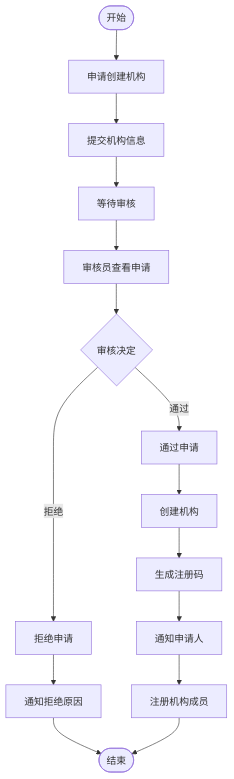
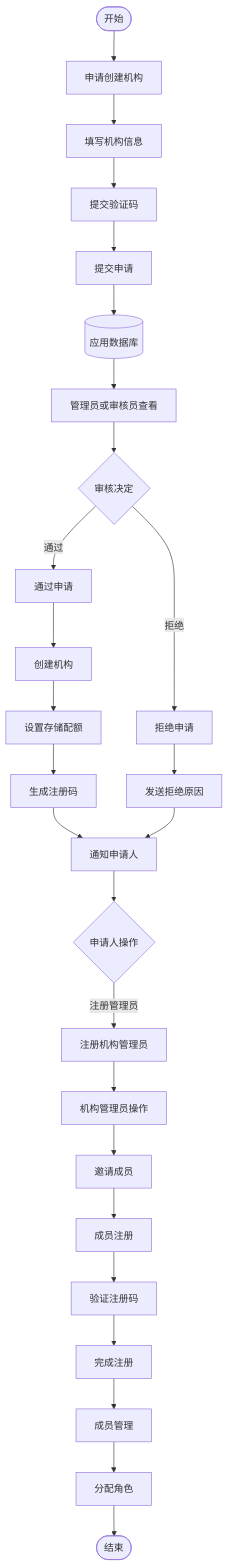
Before and after one commit to michealmachine/course: the third of 11 diagrams in docs/当前进度描述.md, drawn with Mermaid. The commit also changed other lines of this file and 5 other files, not shown here.

````diff
--- a/docs/当前进度描述.md
+++ b/docs/当前进度描述.md
@@ -120,22 +153,35 @@
 ```mermaid
 flowchart TB
     Start([开始]) --> ApplyInstitution[申请创建机构]
-    ApplyInstitution --> SubmitInfo[提交机构信息]
-    SubmitInfo --> WaitReview[等待审核]
+    ApplyInstitution --> FillInfo[填写机构信息]
+    FillInfo --> SubmitCaptcha[提交验证码]
+    SubmitCaptcha --> SubmitApplication[提交申请]
     
-    WaitReview --> ReviewerCheck[审核员查看申请]
-    ReviewerCheck --> ReviewDecision{审核决定}
+    SubmitApplication --> ApplicationDB[(应用数据库)]
+    ApplicationDB --> AdminReview[管理员或审核员查看]
     
+    AdminReview --> ReviewDecision{审核决定}
     ReviewDecision -->|通过| ApproveProcess[通过申请]
     ReviewDecision -->|拒绝| RejectProcess[拒绝申请]
     
     ApproveProcess --> CreateInstitution[创建机构]
-    CreateInstitution --> GenerateCode[生成注册码]
+    CreateInstitution --> SetupStorage[设置存储配额]
+    SetupStorage --> GenerateCode[生成注册码]
     GenerateCode --> NotifyApplicant[通知申请人]
     
-    RejectProcess --> NotifyRejection[通知拒绝原因]
+    RejectProcess --> SendRejection[发送拒绝原因]
+    SendRejection --> NotifyApplicant
     
-    NotifyApplicant --> RegisterMembers[注册机构成员]
-    NotifyRejection --> End([结束])
-    RegisterMembers --> End
+    NotifyApplicant --> ApplicantRegister{申请人操作}
+    ApplicantRegister -->|注册管理员| RegisterAdmin[注册机构管理员]
+    
+    RegisterAdmin --> AdminOperations[机构管理员操作]
+    AdminOperations --> InviteMembers[邀请成员]
+    InviteMembers --> MemberRegister[成员注册]
+    MemberRegister --> VerifyRegCode[验证注册码]
+    VerifyRegCode --> CompleteRegistration[完成注册]
+    
+    CompleteRegistration --> MemberManage[成员管理]
+    MemberManage --> AssignRoles[分配角色]
+    AssignRoles --> End([结束])
 ```
````
